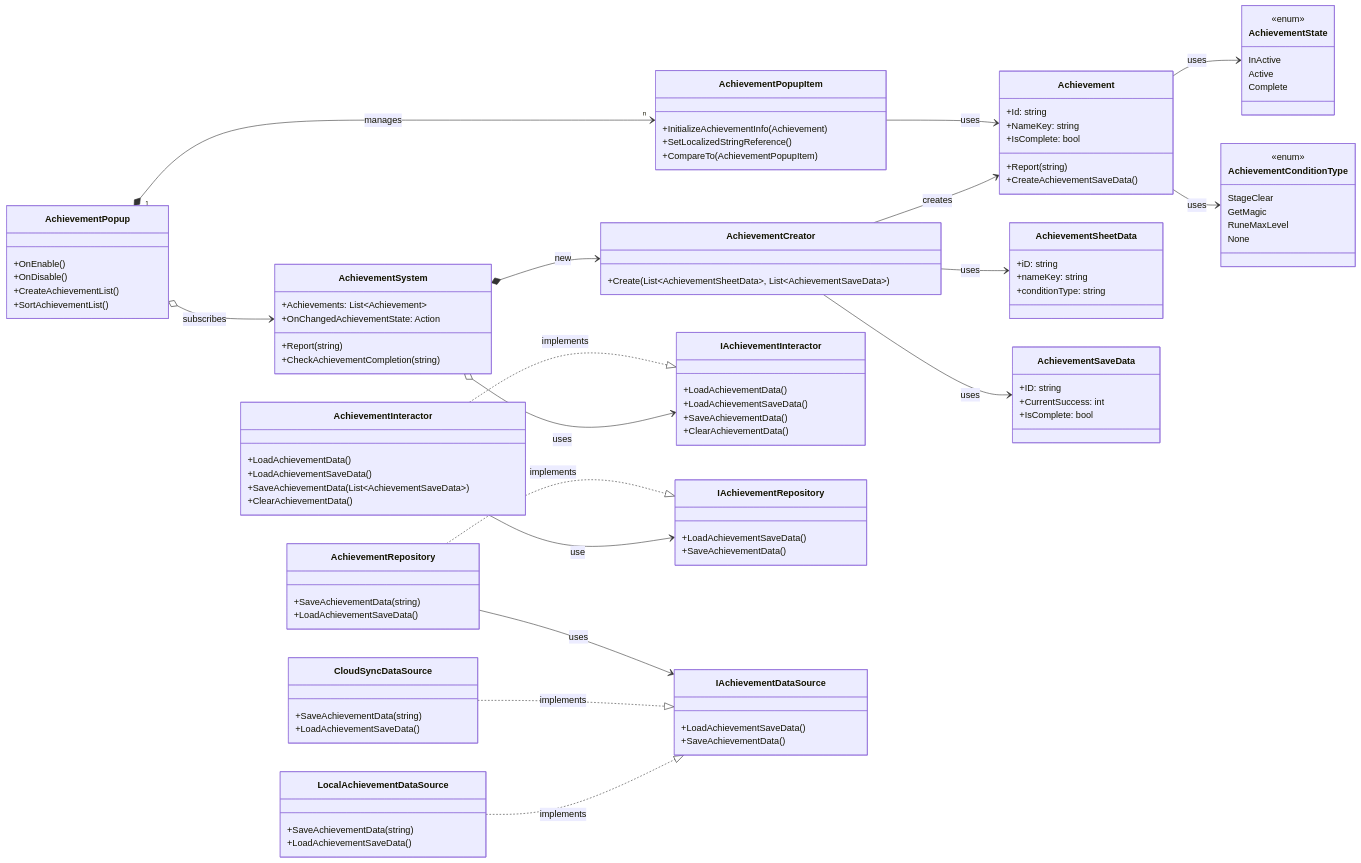
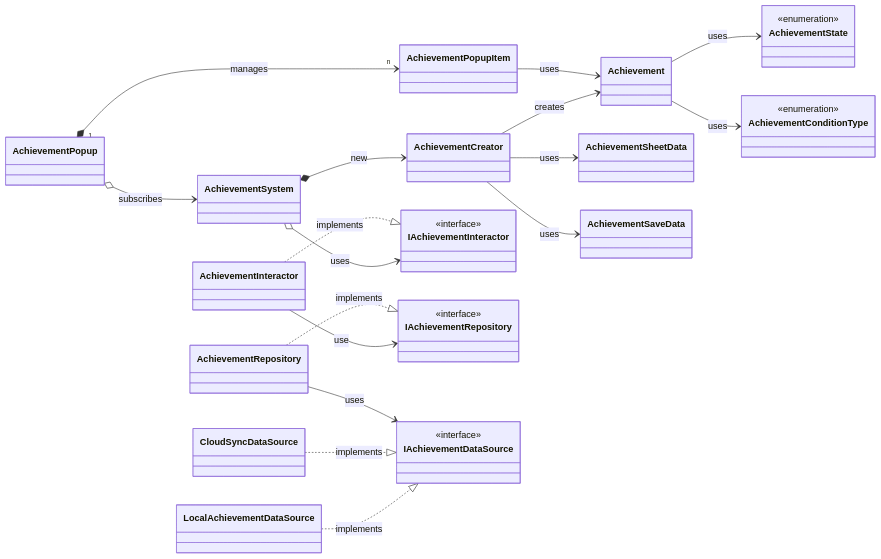
Before and after one commit to CosmicGiantKoala/CosmicGiantKoala.github.io: the first of 6 diagrams in content/docs/Projects/SlimeRush/AchievementSystem/Overview.md, drawn with Mermaid. The commit also changed other lines of this file and 21 other files, not shown here.

First line of the commit message:
feat: SlimeRush 에셋 추가 및 AchievementSystem 문서 개선

````diff
--- a/content/docs/Projects/SlimeRush/AchievementSystem/Overview.md
+++ b/content/docs/Projects/SlimeRush/AchievementSystem/Overview.md
@@ -64,104 +64,23 @@
 ```mermaid
 classDiagram
     direction LR
-    class AchievementSystem {
-        +Achievements: List~Achievement~
-        +Report(string)
-        +CheckAchievementCompletion(string)
-        +OnChangedAchievementState: Action
-    }
-
-    class AchievementCreator {
-        +Create(List~AchievementSheetData~, List~AchievementSaveData~)
-    }
-
-    class AchievementInteractor {
-        +LoadAchievementData()
-        +LoadAchievementSaveData()
-        +SaveAchievementData(List~AchievementSaveData~)
-        +ClearAchievementData()
-    }
-
-    class AchievementRepository {
-        +SaveAchievementData(string)
-        +LoadAchievementSaveData()
-    }
-
-    class Achievement {
-        +Id: string
-        +NameKey: string
-        +IsComplete: bool
-        +Report(string)
-        +CreateAchievementSaveData()
-    }
-
-    class AchievementSheetData {
-        +iD: string
-        +nameKey: string
-        +conditionType: string
-    }
-
-    class AchievementSaveData {
-        +ID: string
-        +CurrentSuccess: int
-        +IsComplete: bool
-    }
-
-    class AchievementPopup {
-        +OnEnable()
-        +OnDisable()
-        +CreateAchievementList()
-        +SortAchievementList()
-    }
-
-    class AchievementPopupItem {
-        +InitializeAchievementInfo(Achievement)
-        +SetLocalizedStringReference()
-        +CompareTo(AchievementPopupItem)
-    }
-
-    class LocalAchievementDataSource {
-        +SaveAchievementData(string)
-        +LoadAchievementSaveData()
-    }
-
-    class CloudSyncDataSource {
-        +SaveAchievementData(string)
-        +LoadAchievementSaveData()
-    }
-
-    class AchievementState {
-        <<enum>>
-        InActive
-        Active
-        Complete
-    }
-
-    class AchievementConditionType {
-        <<enum>>
-        StageClear
-        GetMagic
-        RuneMaxLevel
-        None
-    }
-
-    class IAchievementInteractor {
-        +LoadAchievementData()
-        +LoadAchievementSaveData()
-        +SaveAchievementData()
-        +ClearAchievementData()
-    }
-
-    class IAchievementRepository {
-        +LoadAchievementSaveData()
-        +SaveAchievementData()
-    }
-
-    class IAchievementDataSource {
-        +LoadAchievementSaveData()
-        +SaveAchievementData()
-    }
-
+    class AchievementSystem 
+    class AchievementCreator
+    class AchievementInteractor
+    class AchievementRepository
+    class Achievement
+    class AchievementSheetData
+    class AchievementSaveData
+    class AchievementPopup
+    class AchievementPopupItem
+    class LocalAchievementDataSource
+    class CloudSyncDataSource
+    class AchievementState{<<enumeration>>}
+    class AchievementConditionType {<<enumeration>>}
+    class IAchievementInteractor{<<interface>>}
+    class IAchievementRepository{<<interface>>}
+    class IAchievementDataSource{<<interface>>}
+    
     AchievementSystem *--> AchievementCreator : new
     AchievementSystem o--> IAchievementInteractor : uses
 
````
